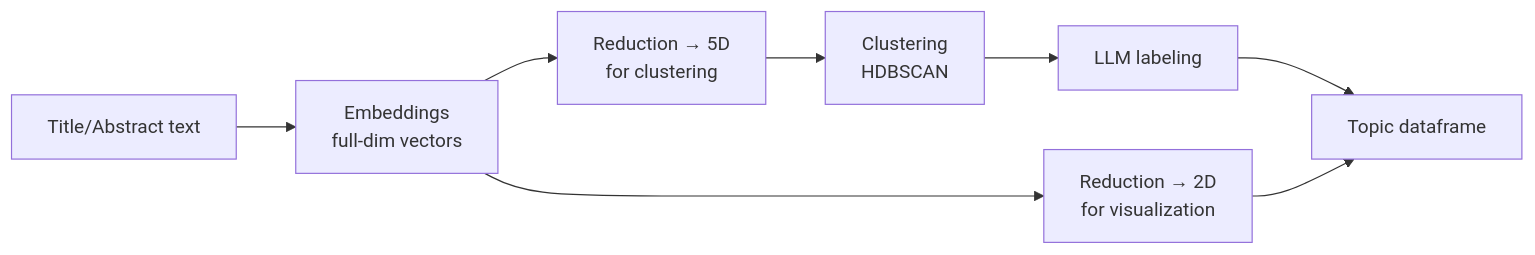
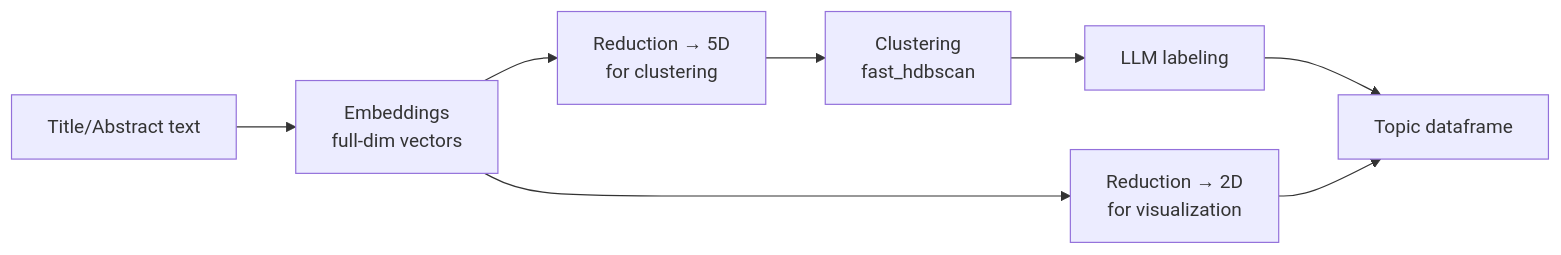
The diagram in docs/topic-modeling.md (raphschlatt/ads-bib), drawn with Mermaid before and after one commit. The commit also changed other lines of this file and 13 other files, not shown here.

````diff
--- a/docs/topic-modeling.md
+++ b/docs/topic-modeling.md
@@ -16,10 +16,10 @@
 ``` mermaid
 graph LR
     A[Title/Abstract text] --> B[Embeddings<br/>full-dim vectors]
     B --> C[Reduction → 5D<br/>for clustering]
     B --> D[Reduction → 2D<br/>for visualization]
-    C --> E[Clustering<br/>HDBSCAN]
+    C --> E[Clustering<br/>fast_hdbscan]
     E --> F[LLM labeling]
     F --> G[Topic dataframe]
     D --> G
 ```
````
